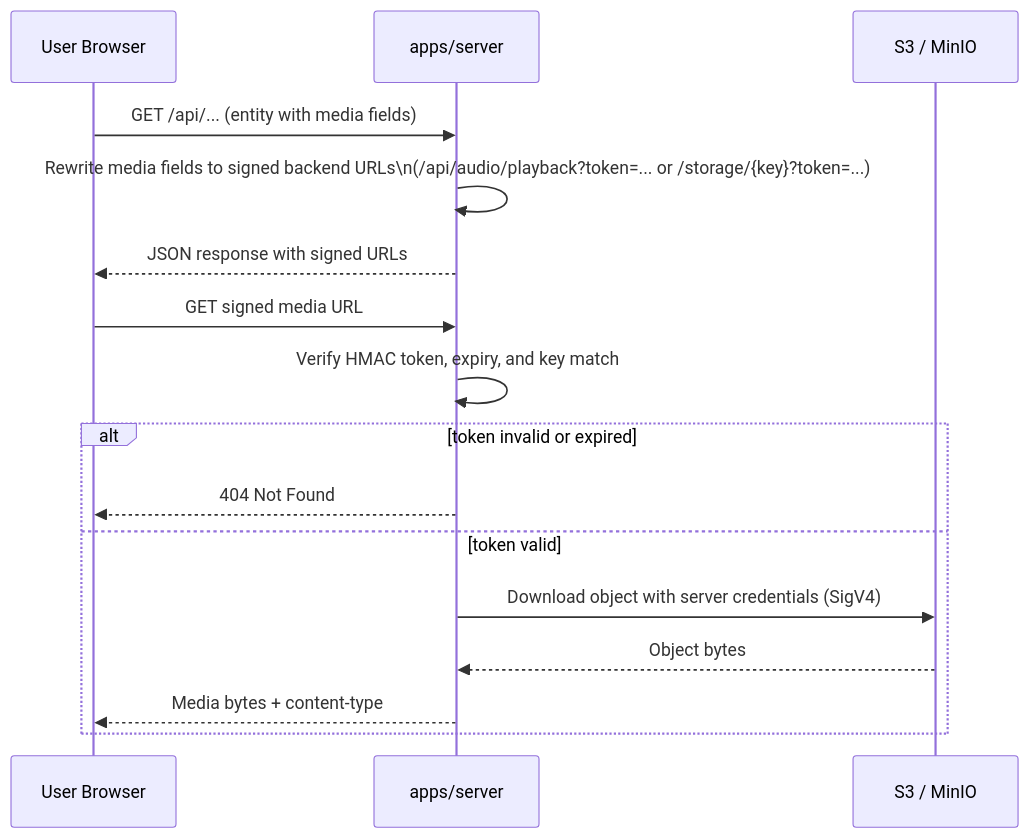
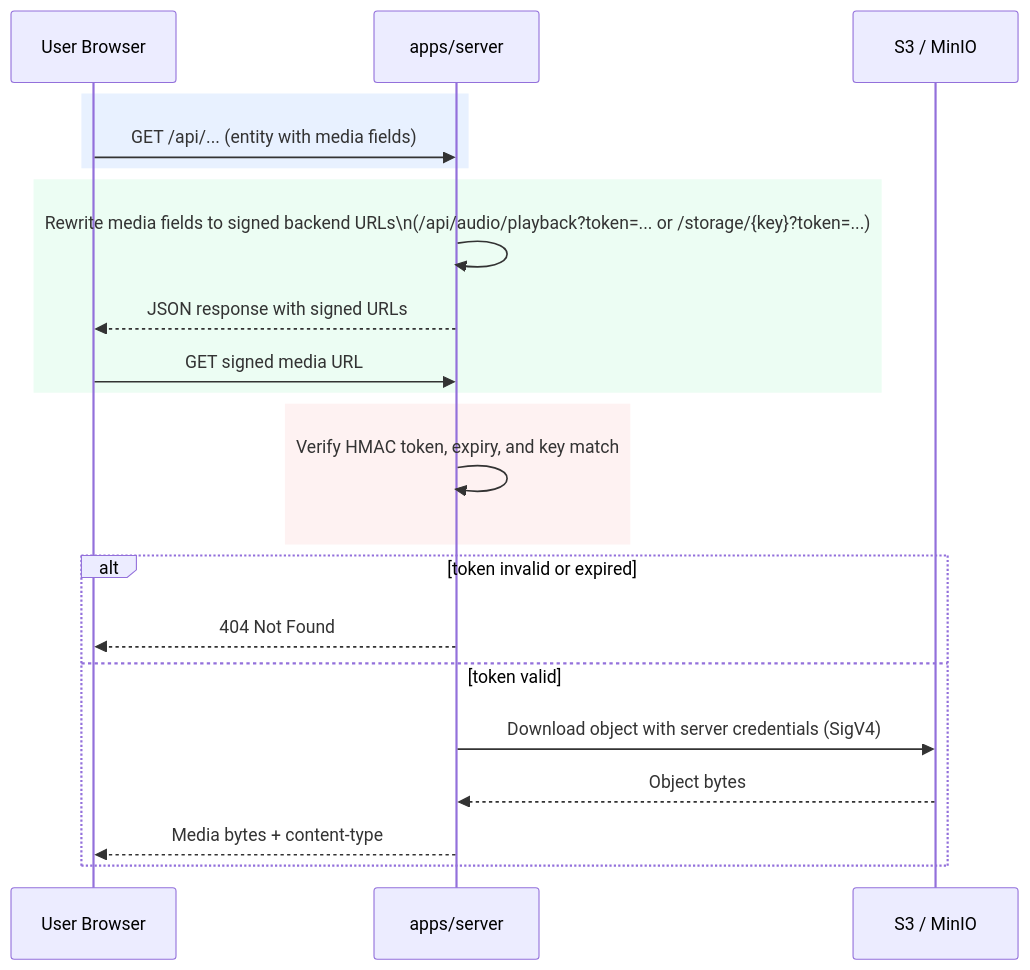
One commit to brandonbryant12/content-studio changed the diagram in docs/architecture/deployment-env-matrix.md. Above: the diagram before and after it, drawn with Mermaid. The commit also changed other lines of this file and 109 other files, not shown here.

````diff
--- a/docs/architecture/deployment-env-matrix.md
+++ b/docs/architecture/deployment-env-matrix.md
@@ -39,20 +39,25 @@
 ```mermaid
 sequenceDiagram
   participant U as User Browser
   participant API as apps/server
   participant ST as S3 / MinIO
 
-  U->>API: GET /api/... (entity with media fields)
-  API->>API: Rewrite media fields to signed backend URLs\n(/api/audio/playback?token=... or /storage/{key}?token=...)
-  API-->>U: JSON response with signed URLs
-
-  U->>API: GET signed media URL
-  API->>API: Verify HMAC token, expiry, and key match
+  rect rgb(232, 241, 255)
+    U->>API: GET /api/... (entity with media fields)
+  end
+  rect rgb(236, 253, 243)
+    API->>API: Rewrite media fields to signed backend URLs\n(/api/audio/playback?token=... or /storage/{key}?token=...)
+    API-->>U: JSON response with signed URLs
+    U->>API: GET signed media URL
+  end
+  rect rgb(254, 242, 242)
+    API->>API: Verify HMAC token, expiry, and key match
+  end
   alt token invalid or expired
     API-->>U: 404 Not Found
   else token valid
     API->>ST: Download object with server credentials (SigV4)
     ST-->>API: Object bytes
     API-->>U: Media bytes + content-type
   end
 ```
````
